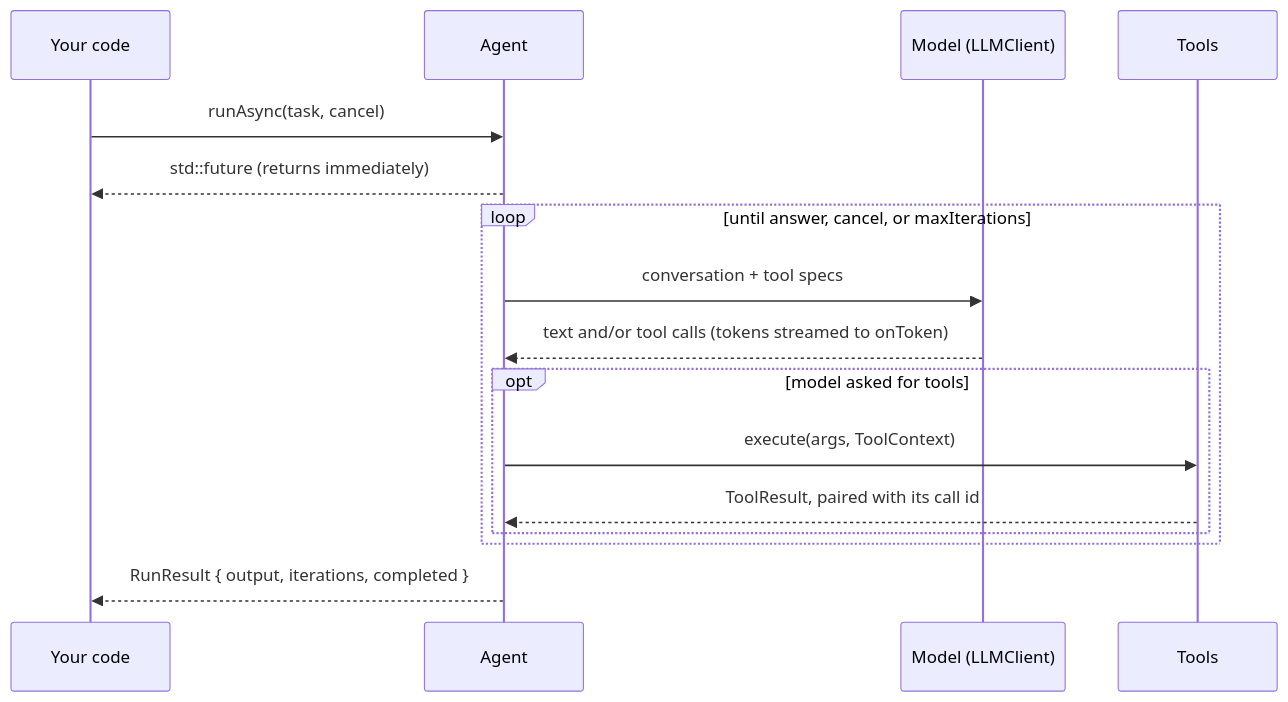
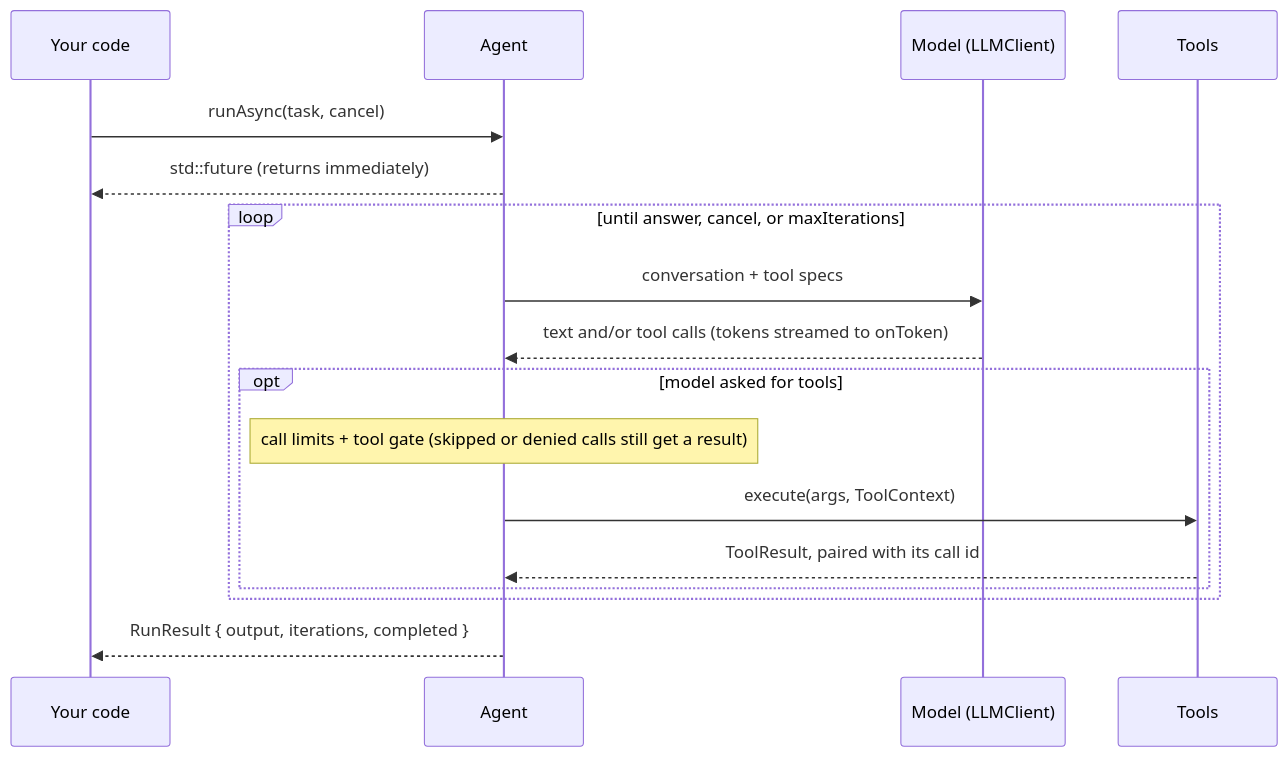
One commit to Ambar-Gupta22/corvus changed the second of 2 diagrams in README.md. Above: the diagram before and after it, drawn with Mermaid. The commit also changed other lines of this file and 12 other files, not shown here.

First line of the commit message:
feat: loop guards - tool-call caps, observation cap, tool gate (#10)

````diff
--- a/README.md
+++ b/README.md
@@ -240,19 +258,20 @@
 ```mermaid
 sequenceDiagram
     participant You as Your code
     participant A as Agent
     participant M as Model (LLMClient)
     participant T as Tools
 
     You->>A: runAsync(task, cancel)
     A-->>You: std::future (returns immediately)
     loop until answer, cancel, or maxIterations
         A->>M: conversation + tool specs
         M-->>A: text and/or tool calls (tokens streamed to onToken)
         opt model asked for tools
+            Note over A: call limits + tool gate (skipped or denied calls still get a result)
             A->>T: execute(args, ToolContext)
             T-->>A: ToolResult, paired with its call id
         end
     end
     A-->>You: RunResult { output, iterations, completed }
 ```
````
